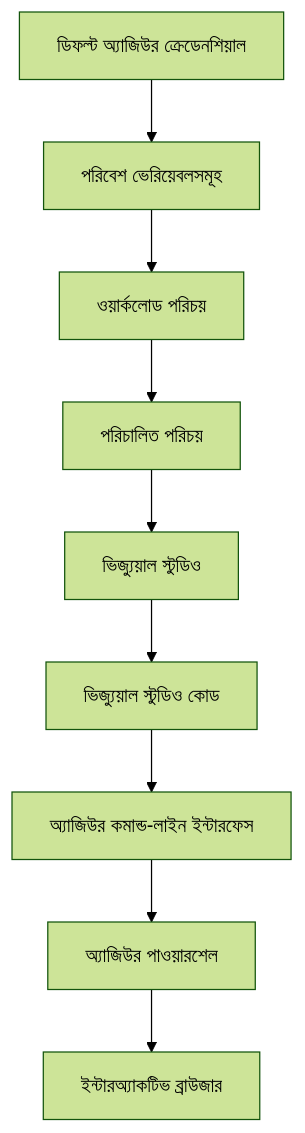
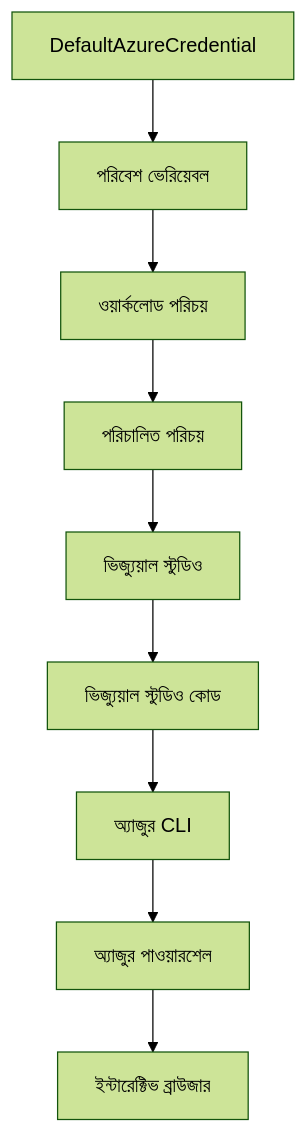
The second of 2 diagrams in translations/bn/docs/chapter-01-foundation/azd-basics.md (microsoft/AZD-for-beginners), drawn with Mermaid (forest theme) before and after one commit. The commit also changed other lines of this file and 101 other files, not shown here.

````diff
--- a/translations/bn/docs/chapter-01-foundation/azd-basics.md
+++ b/translations/bn/docs/chapter-01-foundation/azd-basics.md
@@ -592,11 +594,11 @@
 ```mermaid
 graph TD
-    A[ডিফল্ট অ্যাজিউর ক্রেডেনশিয়াল] --> B[পরিবেশ ভেরিয়েবলসমূহ]
+    A[DefaultAzureCredential] --> B[পরিবেশ ভেরিয়েবল]
     B --> C[ওয়ার্কলোড পরিচয়]
     C --> D[পরিচালিত পরিচয়]
     D --> E[ভিজ্যুয়াল স্টুডিও]
     E --> F[ভিজ্যুয়াল স্টুডিও কোড]
-    F --> G[অ্যাজিউর কমান্ড-লাইন ইন্টারফেস]
-    G --> H[অ্যাজিউর পাওয়ারশেল]
-    H --> I[ইন্টারঅ্যাকটিভ ব্রাউজার]
+    F --> G[অ্যাজুর CLI]
+    G --> H[অ্যাজুর পাওয়ারশেল]
+    H --> I[ইন্টারেক্টিভ ব্রাউজার]
 ```
````
